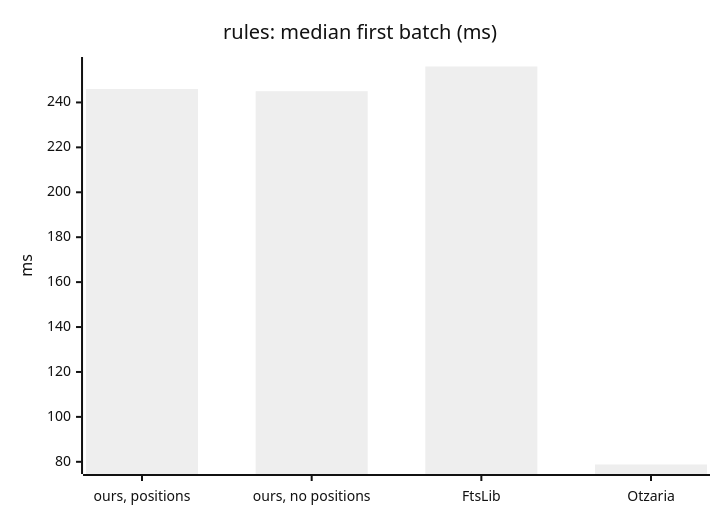
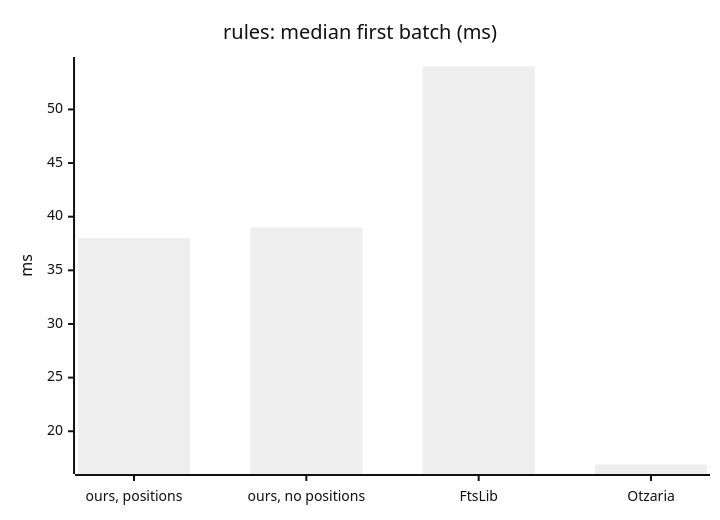
The tenth of 11 diagrams in FTS-SPECS-AND-COMPARISONS.md (KleiKodesh/SeforimLibrarySearchEngine), drawn with Mermaid (neutral theme) before and after one commit. The commit also changed other lines of this file and 10 other files, not shown here.

````diff
--- a/FTS-SPECS-AND-COMPARISONS.md
+++ b/FTS-SPECS-AND-COMPARISONS.md
@@ -496,7 +507,7 @@
 ```mermaid
 xychart-beta
     title "rules: median first batch (ms)"
     x-axis ["ours, positions", "ours, no positions", "FtsLib", "Otzaria"]
     y-axis "ms"
-    bar [246.00, 245.00, 256.00, 78.80]
+    bar [38.00, 39.00, 54.00, 16.90]
 ```
````
